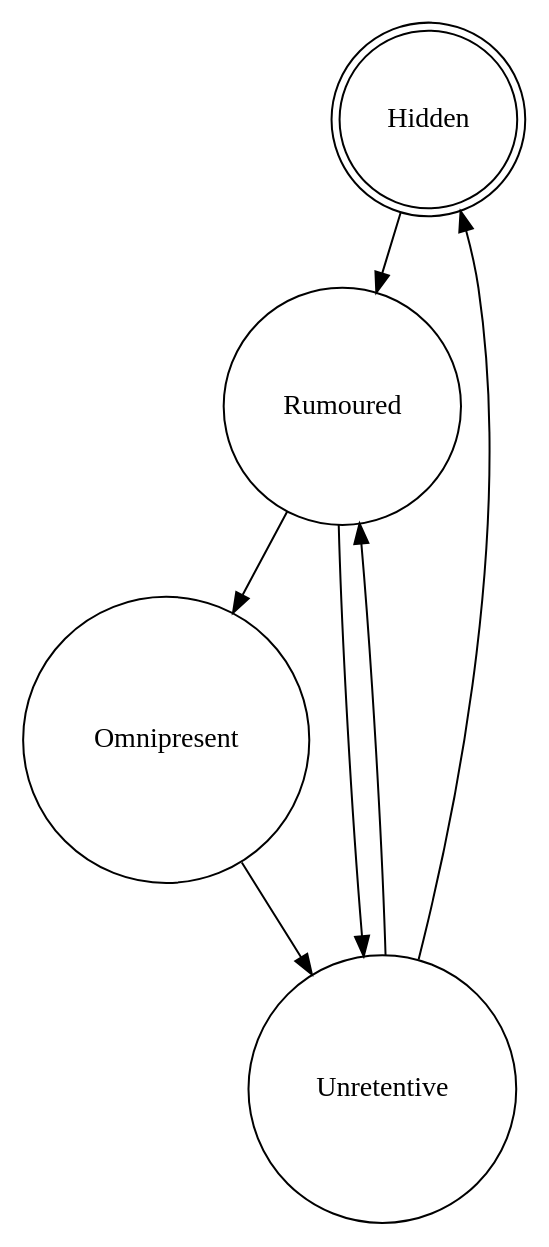
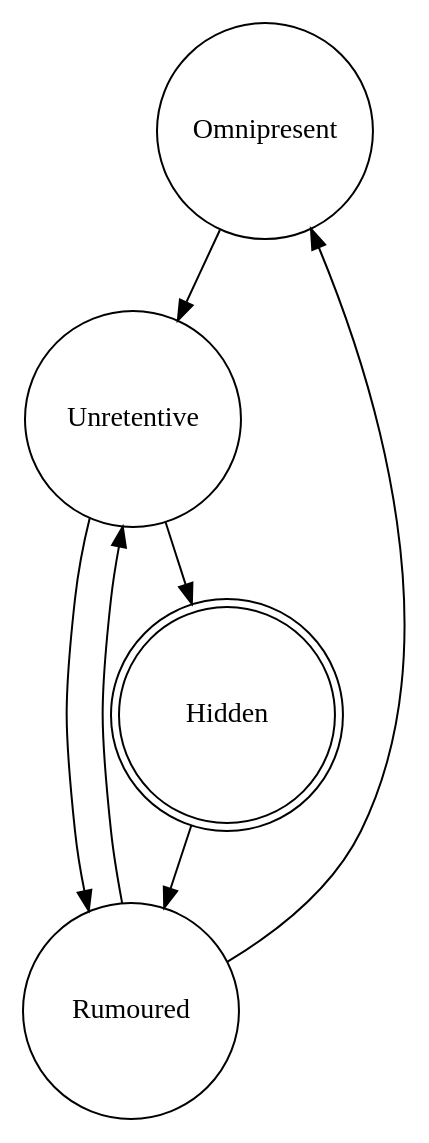
One commit to sunlixin-conac/opendnssec-workflow-test changed the diagram in home/yuri/enforcer_model2/states.dot. Above: the diagram before and after it, drawn with Graphviz. The commit also changed 2 other files, not shown here.

```diff
--- a/home/yuri/enforcer_model2/states.dot
+++ b/home/yuri/enforcer_model2/states.dot
@@ -1,16 +1,14 @@
 digraph {
-    node [shape = doublecircle];
-    H [label = "Hidden"]; 
-
-    node [shape = circle];
+    node [shape = circle, fixedsize = true, height = 1.5];
     O [label = "Omnipresent"]; 
     R [label = "Rumoured"]; 
     U [label = "Unretentive"]; 
+    H [label = "Hidden", shape = doublecircle]; 
 
     H->R;
     O->U;
     R->O;
     R->U;
     U->H;
     U->R;
-   }
+}
```
